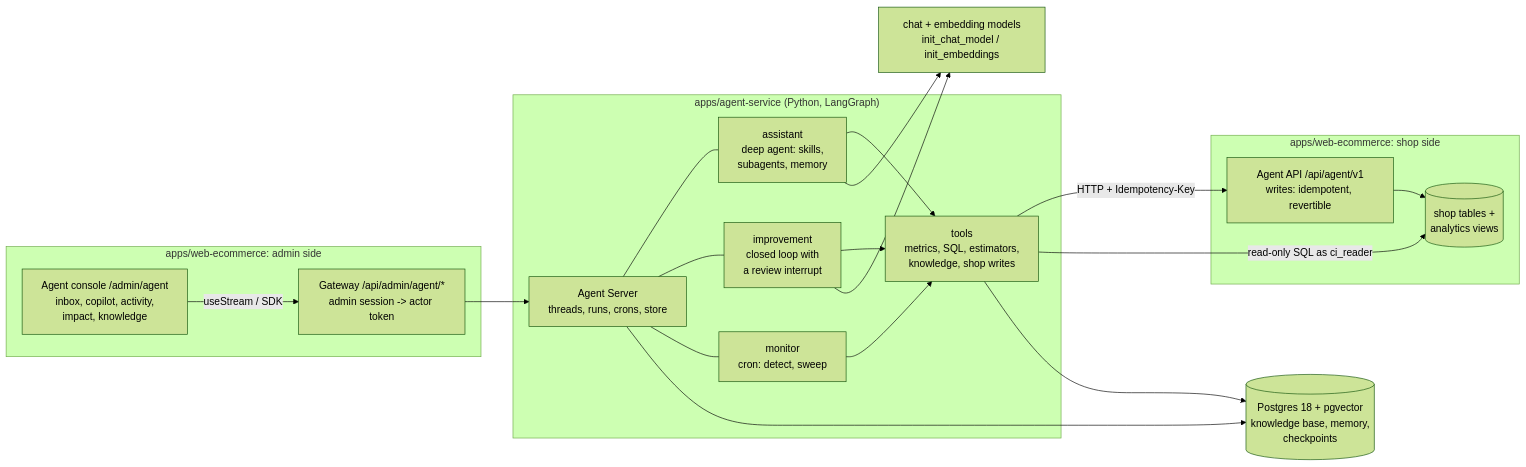
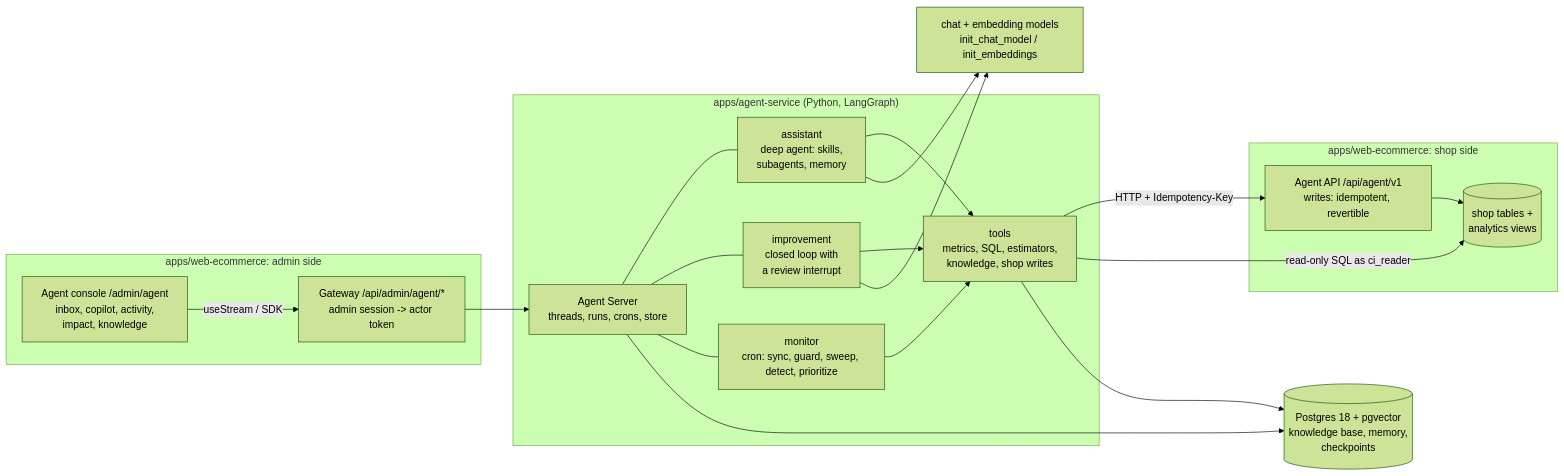
Before and after one commit to bobbibao/Model-Universe: the first of 3 diagrams in docs/ARCHITECTURE.md, drawn with Mermaid (forest theme). The commit also changed other lines of this file and 3 other files, not shown here.

````diff
--- a/docs/ARCHITECTURE.md
+++ b/docs/ARCHITECTURE.md
@@ -58,28 +58,28 @@
 ```mermaid
 flowchart LR
   subgraph Admin["apps/web-ecommerce: admin side"]
     UI["Agent console /admin/agent<br/>inbox, copilot, activity,<br/>impact, knowledge"]
     GW["Gateway /api/admin/agent/*<br/>admin session -> actor token"]
   end
   subgraph Agent["apps/agent-service (Python, LangGraph)"]
     SRV["Agent Server<br/>threads, runs, crons, store"]
     G1["assistant<br/>deep agent: skills,<br/>subagents, memory"]
     G2["improvement<br/>closed loop with<br/>a review interrupt"]
-    G3["monitor<br/>cron: detect, sweep"]
+    G3["monitor<br/>cron: sync, guard, sweep, detect, prioritize"]
     T["tools<br/>metrics, SQL, estimators,<br/>knowledge, shop writes"]
   end
   subgraph Shop["apps/web-ecommerce: shop side"]
     API["Agent API /api/agent/v1<br/>writes: idempotent, revertible"]
     SHOP[("shop tables +<br/>analytics views")]
   end
   KB[("Postgres 18 + pgvector<br/>knowledge base, memory,<br/>checkpoints")]
   LLM["chat + embedding models<br/>init_chat_model / init_embeddings"]
   UI -->|"useStream / SDK"| GW --> SRV
   SRV --- G1 & G2 & G3
   G1 & G2 & G3 --> T
   T -->|"HTTP + Idempotency-Key"| API --> SHOP
   T -->|"read-only SQL as ci_reader"| SHOP
   T --> KB
   SRV --> KB
   G1 & G2 --> LLM
 ```
````
